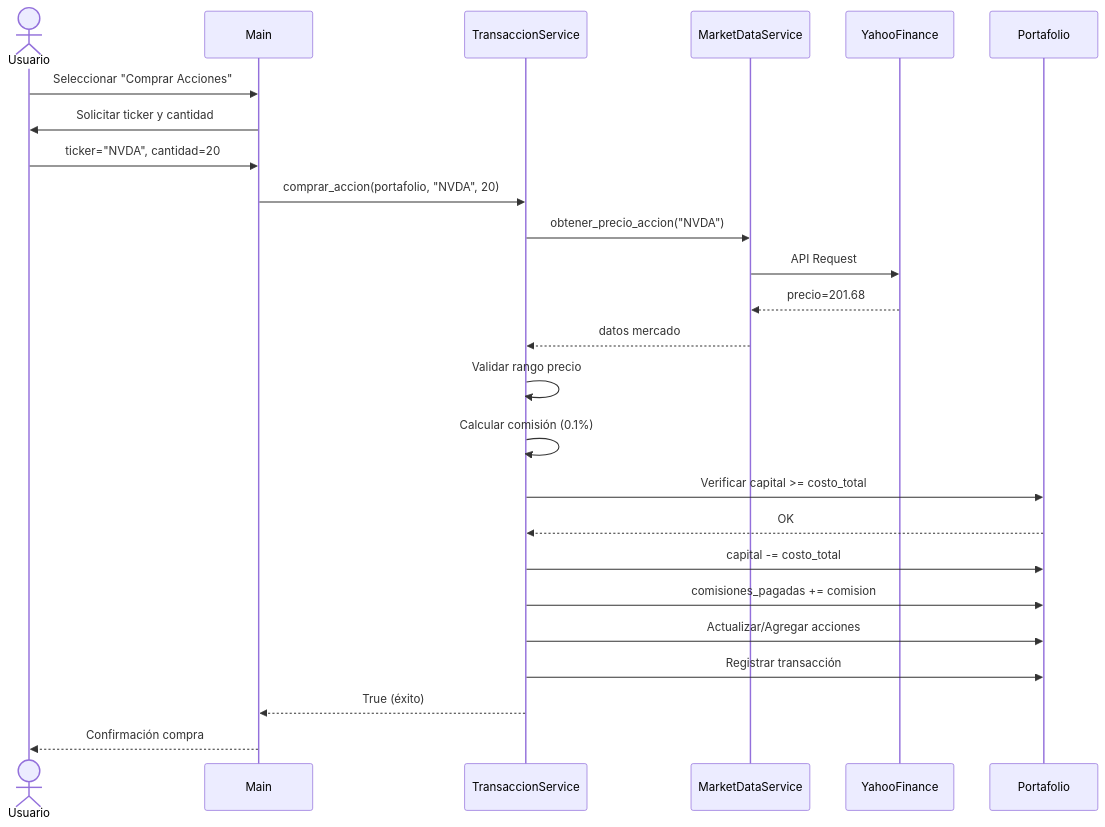
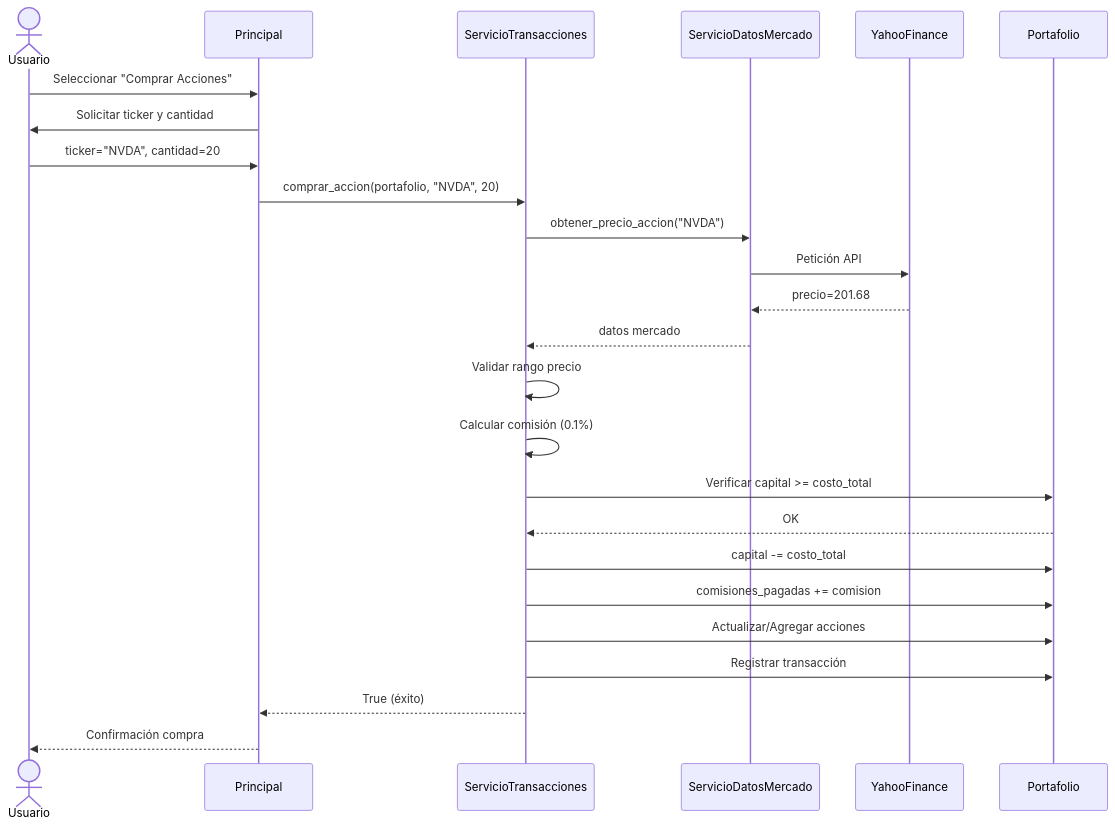
One commit to yechavarria17-commits/Inversionistas-so-adores changed the third of 4 diagrams in diagrama_uml.md. Above: the diagram before and after it, drawn with Mermaid. The commit also changed other lines of this file and 4 other files, not shown here.

Commit message:
Translate all documentation and diagrams to Spanish and add compliance section

````diff
--- a/diagrama_uml.md
+++ b/diagrama_uml.md
@@ -185,33 +185,33 @@
 ```mermaid
 sequenceDiagram
     actor Usuario
-    participant Main
-    participant TransaccionService
-    participant MarketDataService
+    participant Principal
+    participant ServicioTransacciones
+    participant ServicioDatosMercado
     participant YahooFinance
     participant Portafolio
 
-    Usuario->>Main: Seleccionar "Comprar Acciones"
-    Main->>Usuario: Solicitar ticker y cantidad
-    Usuario->>Main: ticker="NVDA", cantidad=20
+    Usuario->>Principal: Seleccionar "Comprar Acciones"
+    Principal->>Usuario: Solicitar ticker y cantidad
+    Usuario->>Principal: ticker="NVDA", cantidad=20
 
-    Main->>TransaccionService: comprar_accion(portafolio, "NVDA", 20)
+    Principal->>ServicioTransacciones: comprar_accion(portafolio, "NVDA", 20)
 
-    TransaccionService->>MarketDataService: obtener_precio_accion("NVDA")
-    MarketDataService->>YahooFinance: API Request
-    YahooFinance-->>MarketDataService: precio=201.68
-    MarketDataService-->>TransaccionService: datos mercado
+    ServicioTransacciones->>ServicioDatosMercado: obtener_precio_accion("NVDA")
+    ServicioDatosMercado->>YahooFinance: Petición API
+    YahooFinance-->>ServicioDatosMercado: precio=201.68
+    ServicioDatosMercado-->>ServicioTransacciones: datos mercado
 
-    TransaccionService->>TransaccionService: Validar rango precio
-    TransaccionService->>TransaccionService: Calcular comisión (0.1%)
-    TransaccionService->>Portafolio: Verificar capital >= costo_total
-    Portafolio-->>TransaccionService: OK
+    ServicioTransacciones->>ServicioTransacciones: Validar rango precio
+    ServicioTransacciones->>ServicioTransacciones: Calcular comisión (0.1%)
+    ServicioTransacciones->>Portafolio: Verificar capital >= costo_total
+    Portafolio-->>ServicioTransacciones: OK
 
-    TransaccionService->>Portafolio: capital -= costo_total
-    TransaccionService->>Portafolio: comisiones_pagadas += comision
-    TransaccionService->>Portafolio: Actualizar/Agregar acciones
-    TransaccionService->>Portafolio: Registrar transacción
+    ServicioTransacciones->>Portafolio: capital -= costo_total
+    ServicioTransacciones->>Portafolio: comisiones_pagadas += comision
+    ServicioTransacciones->>Portafolio: Actualizar/Agregar acciones
+    ServicioTransacciones->>Portafolio: Registrar transacción
 
-    TransaccionService-->>Main: True (éxito)
-    Main-->>Usuario: Confirmación compra
+    ServicioTransacciones-->>Principal: True (éxito)
+    Principal-->>Usuario: Confirmación compra
 ```
````
